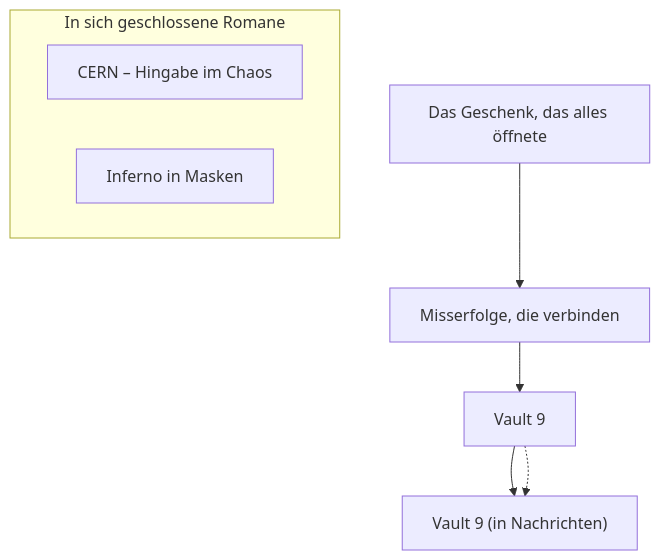
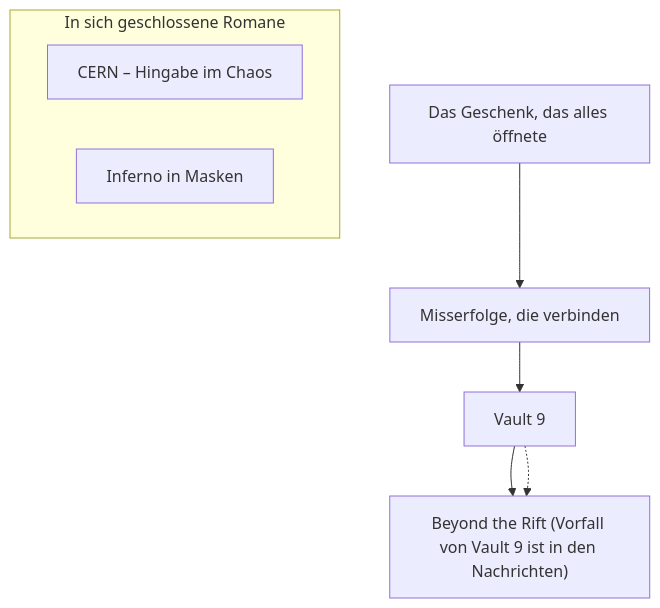
Before and after one commit to RaphaelOberhummerHTL/Romane: the diagram in README.md, drawn with Mermaid. The commit also changed other lines of this file, not shown here.

Commit message:
Ausbesserung des Gafens

````diff
--- a/README.md
+++ b/README.md
@@ -27,11 +27,12 @@
 ```mermaid
-graph
-A["Das Geschenk, das alles öffnete"] --> B["Misserfolge, die verbinden"]
-B --> C["Vault 9"]
-C --> D["Beyond the Rift"]
-C -.-> D["Vault 9 (in Nachrichten)"]
-subgraph In sich geschlossene Romane
-E["CERN – Hingabe im Chaos"]
-F["Inferno in Masken"]
-end
+    graph
+    A["Das Geschenk, das alles öffnete"] --> B["Misserfolge, die verbinden"]
+    B --> C["Vault 9"]
+    C --> D["Beyond the Rift"]
+    C -.-> D["Beyond the Rift (Vorfall von Vault 9 ist in den Nachrichten)"]
+    
+    subgraph In sich geschlossene Romane
+        E["CERN – Hingabe im Chaos"]
+        F["Inferno in Masken"]
+    end
 ```
````
